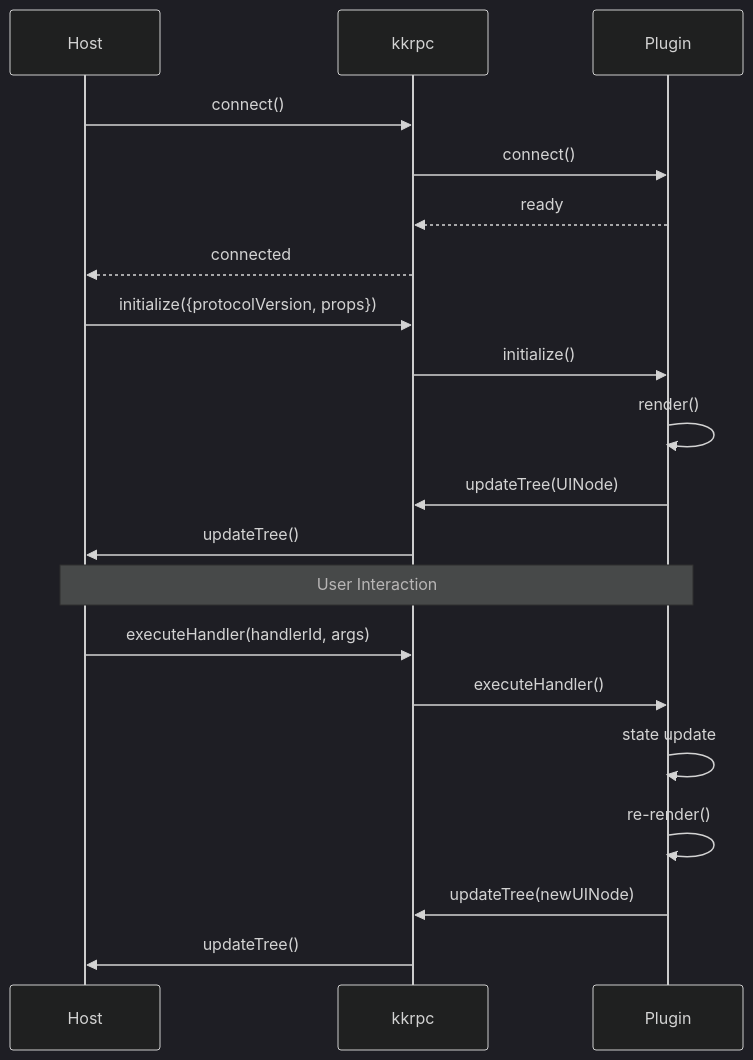
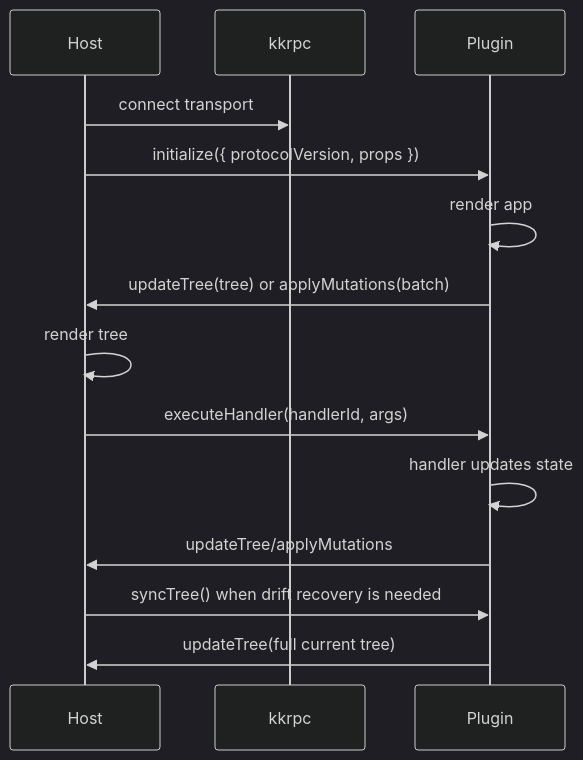
The first of 2 diagrams in .repowiki/en/content/Architecture/RPC Protocol.md (HuakunShen/uniview), drawn with Mermaid (dark theme) before and after one commit. The commit also changed other lines of this file and 31 other files, not shown here.

````diff
--- a/.repowiki/en/content/Architecture/RPC Protocol.md
+++ b/.repowiki/en/content/Architecture/RPC Protocol.md
@@ -36,26 +39,16 @@
 ```mermaid
 sequenceDiagram
     participant Host
     participant RPC as kkrpc
     participant Plugin
-
-    Host->>RPC: connect()
-    RPC->>Plugin: connect()
-    Plugin-->>RPC: ready
-    RPC-->>Host: connected
-
-    Host->>RPC: initialize({protocolVersion, props})
-    RPC->>Plugin: initialize()
-    Plugin->>Plugin: render()
-    Plugin->>RPC: updateTree(UINode)
-    RPC->>Host: updateTree()
-
-    Note over Host,Plugin: User Interaction
-
-    Host->>RPC: executeHandler(handlerId, args)
-    RPC->>Plugin: executeHandler()
-    Plugin->>Plugin: state update
-    Plugin->>Plugin: re-render()
-    Plugin->>RPC: updateTree(newUINode)
-    RPC->>Host: updateTree()
+    Host->>RPC: connect transport
+    Host->>Plugin: initialize({ protocolVersion, props })
+    Plugin->>Plugin: render app
+    Plugin->>Host: updateTree(tree) or applyMutations(batch)
+    Host->>Host: render tree
+    Host->>Plugin: executeHandler(handlerId, args)
+    Plugin->>Plugin: handler updates state
+    Plugin->>Host: updateTree/applyMutations
+    Host->>Plugin: syncTree() when drift recovery is needed
+    Plugin->>Host: updateTree(full current tree)
 ```
````
